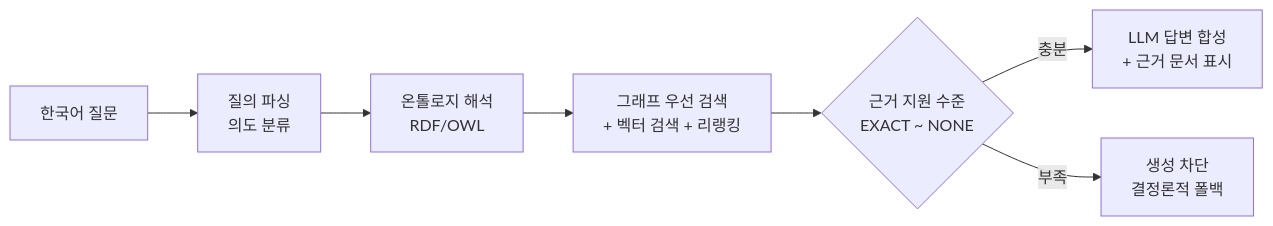
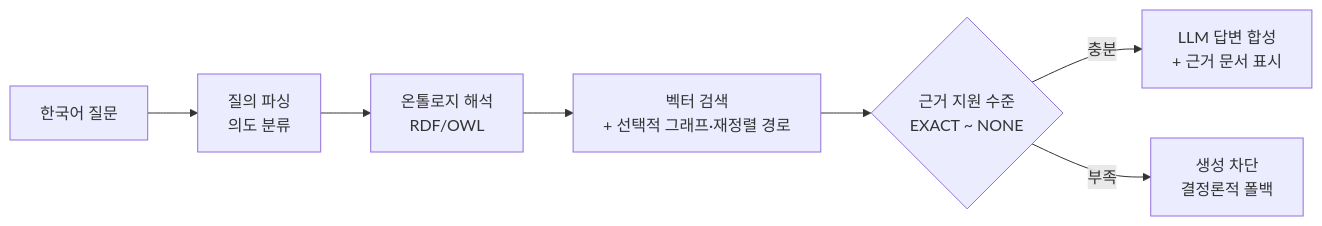
One commit to Han43seong/Han43seong changed the diagram in README.md. Above: the diagram before and after it, drawn with Mermaid. The commit also changed other lines of this file, not shown here.

````diff
--- a/README.md
+++ b/README.md
@@ -43,9 +41,9 @@
 ```mermaid
 flowchart LR
     Q[한국어 질문] --> P[질의 파싱<br/>의도 분류]
     P --> O[온톨로지 해석<br/>RDF/OWL]
-    O --> R[그래프 우선 검색<br/>+ 벡터 검색 + 리랭킹]
+    O --> R[벡터 검색<br/>+ 선택적 그래프·재정렬 경로]
     R --> G{근거 지원 수준<br/>EXACT ~ NONE}
     G -->|충분| A[LLM 답변 합성<br/>+ 근거 문서 표시]
     G -->|부족| B[생성 차단<br/>결정론적 폴백]
 ```
````
